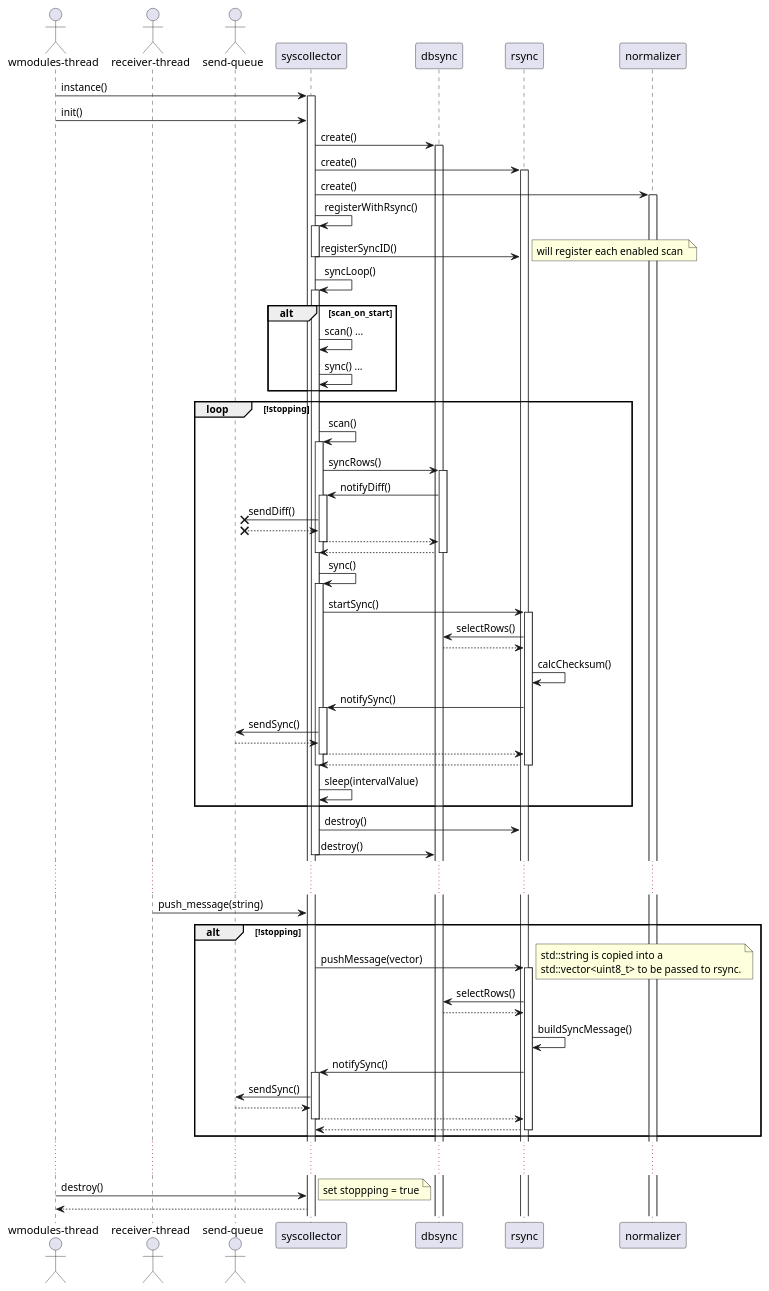
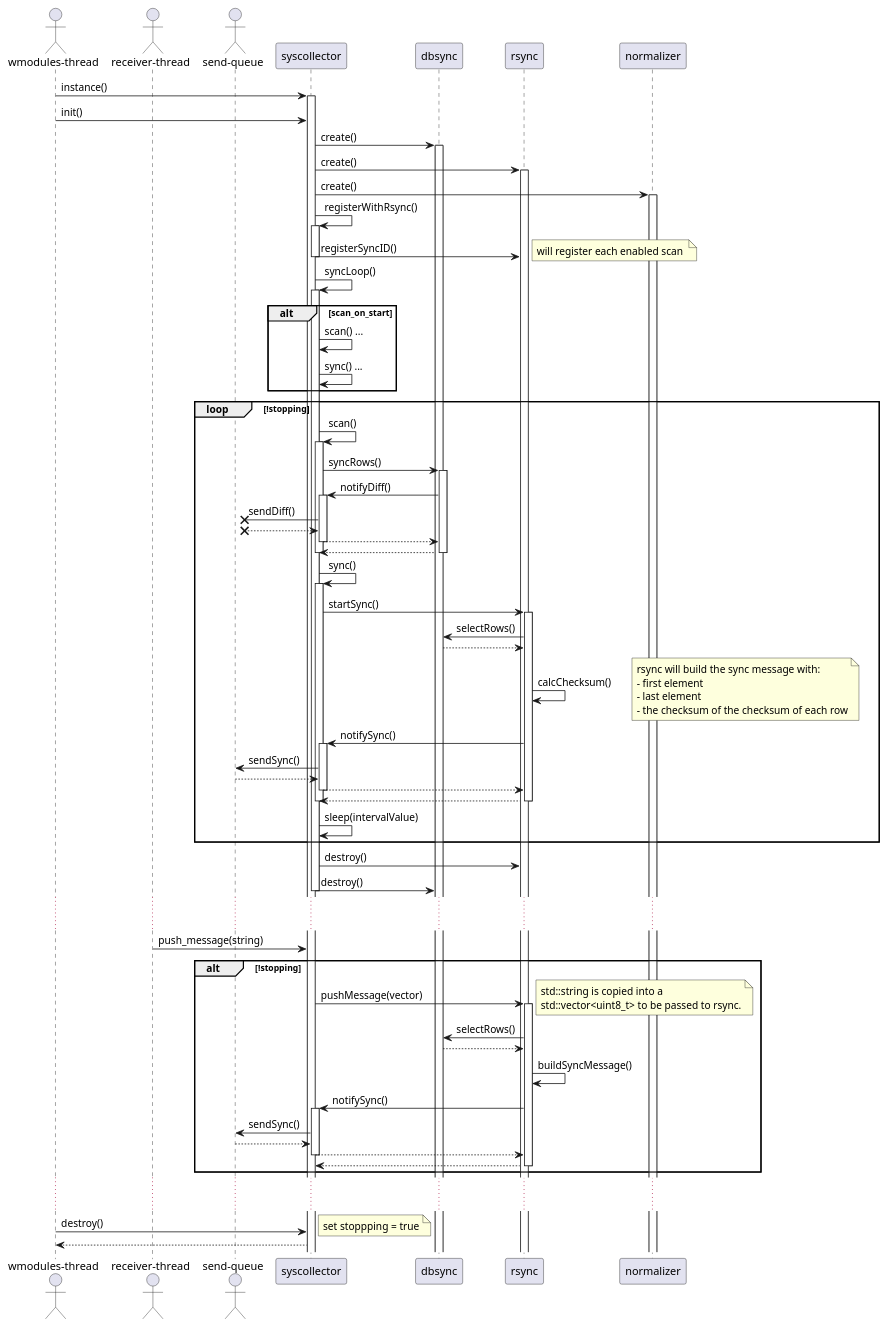
Before and after one commit to wazuh/wazuh-agent: the diagram in src/diagrams/architecture/syscollector/sequence-001.puml, drawn with PlantUML.

Commit message:
Added rsync note.

```diff
--- a/src/diagrams/architecture/syscollector/sequence-001.puml
+++ b/src/diagrams/architecture/syscollector/sequence-001.puml
@@ -1,99 +1,104 @@
 @startuml
 actor "wmodules-thread" as wmodules
 actor "receiver-thread" as recv
 actor "send-queue" as queue
 participant syscollector as sysco
 participant dbsync
 participant rsync
 participant normalizer
 
-wmodules -> sysco : instance()
-activate sysco
+wmodules -> sysco ++ : instance()
 wmodules -> sysco : init()
 sysco -> dbsync : create()
 activate dbsync
 sysco -> rsync : create()
 activate rsync
 sysco -> normalizer : create()
 activate normalizer
 sysco -> sysco : registerWithRsync()
 activate sysco
 sysco -> rsync : registerSyncID()
 deactivate sysco
 note right
 will register each enabled scan 
 end note
 
 sysco -> sysco : syncLoop()
 activate sysco
 alt scan_on_start
     sysco -> sysco : scan() ...
     sysco -> sysco : sync() ...
 end
 loop !stopping
 activate sysco
     sysco -> sysco : scan()
     activate sysco
         sysco -> dbsync : syncRows()
         activate dbsync
             dbsync -> sysco : notifyDiff()
             activate sysco
                 sysco ->x queue : sendDiff()
                 sysco <--x queue
                 sysco --> dbsync
             deactivate sysco
             sysco <-- dbsync
         deactivate dbsync
     deactivate sysco
     sysco -> sysco : sync()
     activate sysco
         sysco -> rsync : startSync()
         activate rsync
             rsync -> dbsync : selectRows()
             dbsync --> rsync
             rsync -> rsync : calcChecksum()
+            note right
+            rsync will build the sync message with:
+            - first element
+            - last element
+            - the checksum of the checksum of each row
+            end note
             rsync -> sysco : notifySync()
             activate sysco
                 sysco -> queue : sendSync()
                 sysco <-- queue
                 sysco --> rsync
             deactivate sysco
             rsync --> sysco
         deactivate rsync
     deactivate sysco
     sysco -> sysco : sleep(intervalValue)
 end
 sysco -> rsync : destroy()
 sysco -> dbsync : destroy()
 deactivate sysco
 
 ... ...
 recv -> sysco : push_message(string)
 alt !stopping
     sysco -> rsync : pushMessage(vector)
     note right
         std::string is copied into a
         std::vector<uint8_t> to be passed to rsync.
     end note
     activate rsync
         rsync -> dbsync : selectRows()
         dbsync --> rsync
         rsync -> rsync : buildSyncMessage()
         rsync -> sysco : notifySync()
         activate sysco
             sysco -> queue : sendSync()
             sysco <-- queue
             sysco --> rsync
         deactivate sysco
         rsync --> sysco
     deactivate rsync
 end
 
 ... ...
 wmodules -> sysco : destroy()
 note right
 set stoppping = true
 end note
 wmodules <-- sysco
 
 @enduml
```
